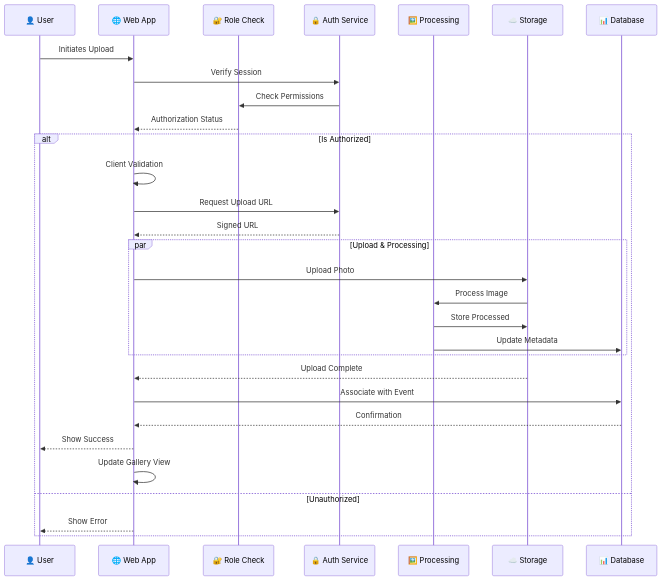
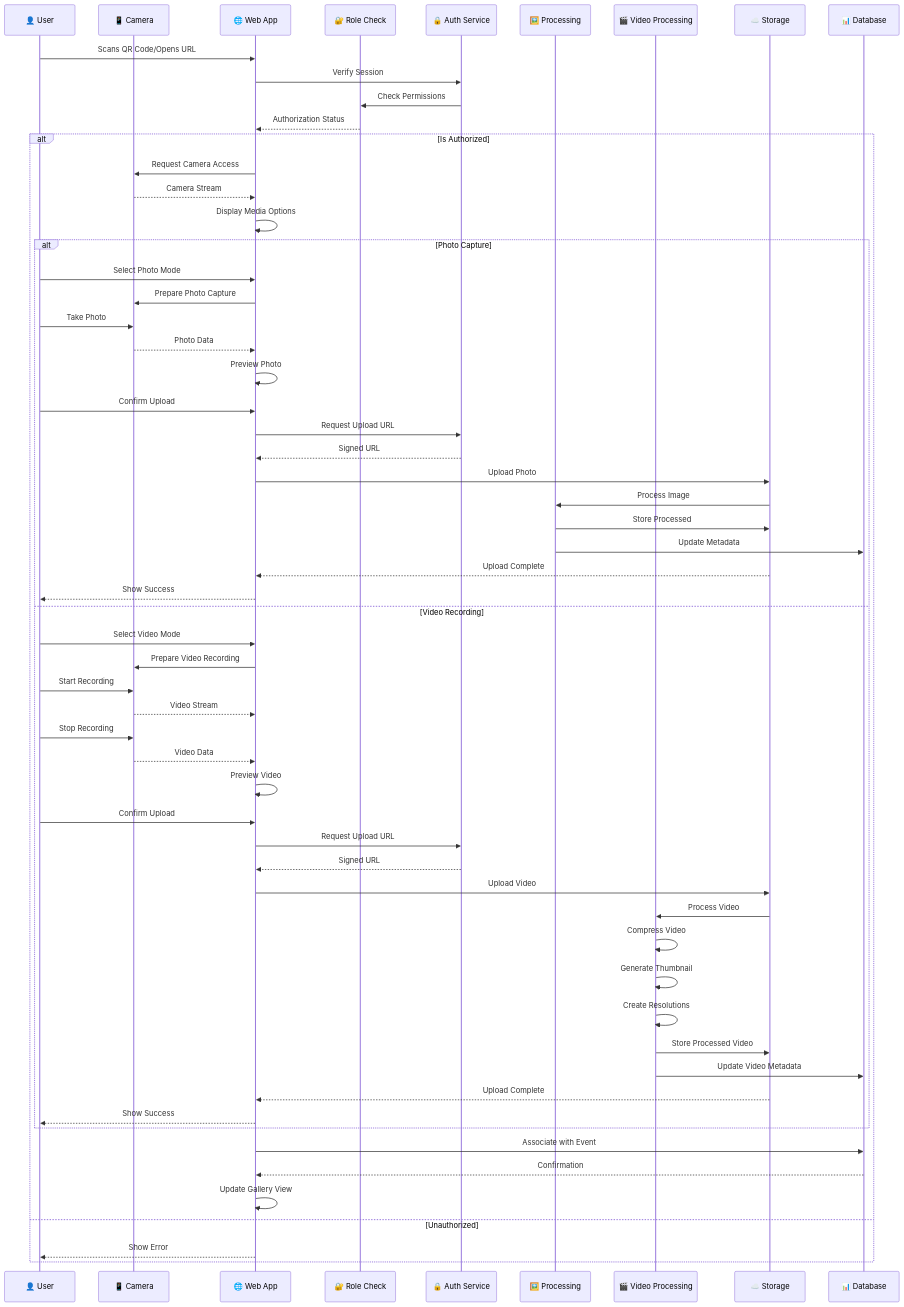
One commit to mrj0nesmtl/cloud-burst changed the diagram in docs/user-flows/photo_upload_sequence_diagram.md. Above: the diagram before and after it, drawn with Mermaid. The commit also changed other lines of this file and 37 other files, not shown here.

````diff
--- a/docs/user-flows/photo_upload_sequence_diagram.md
+++ b/docs/user-flows/photo_upload_sequence_diagram.md
@@ -20,36 +20,67 @@
 ```mermaid
 sequenceDiagram
     participant U as 👤 User
+    participant C as 📱 Camera
     participant W as 🌐 Web App
     participant R as 🔐 Role Check
     participant A as 🔒 Auth Service
     participant P as 🖼️ Processing
+    participant V as 🎬 Video Processing
     participant S as ☁️ Storage
     participant DB as 📊 Database
 
-    U->>W: Initiates Upload
+    U->>W: Scans QR Code/Opens URL
     W->>A: Verify Session
     A->>R: Check Permissions
     R-->>W: Authorization Status
     
     alt Is Authorized
-        W->>W: Client Validation
-        W->>A: Request Upload URL
-        A-->>W: Signed URL
+        W->>C: Request Camera Access
+        C-->>W: Camera Stream
         
-        par Upload & Processing
+        W->>W: Display Media Options
+        
+        alt Photo Capture
+            U->>W: Select Photo Mode
+            W->>C: Prepare Photo Capture
+            U->>C: Take Photo
+            C-->>W: Photo Data
+            W->>W: Preview Photo
+            U->>W: Confirm Upload
+            W->>A: Request Upload URL
+            A-->>W: Signed URL
             W->>S: Upload Photo
             S->>P: Process Image
             P->>S: Store Processed
             P->>DB: Update Metadata
+            S-->>W: Upload Complete
+            W-->>U: Show Success
+        else Video Recording
+            U->>W: Select Video Mode
+            W->>C: Prepare Video Recording
+            U->>C: Start Recording
+            C-->>W: Video Stream
+            U->>C: Stop Recording
+            C-->>W: Video Data
+            W->>W: Preview Video
+            U->>W: Confirm Upload
+            W->>A: Request Upload URL
+            A-->>W: Signed URL
+            W->>S: Upload Video
+            S->>V: Process Video
+            V->>V: Compress Video
+            V->>V: Generate Thumbnail
+            V->>V: Create Resolutions
+            V->>S: Store Processed Video
+            V->>DB: Update Video Metadata
+            S-->>W: Upload Complete
+            W-->>U: Show Success
         end
         
-        S-->>W: Upload Complete
         W->>DB: Associate with Event
         DB-->>W: Confirmation
-        W-->>U: Show Success
         W->>W: Update Gallery View
     else Unauthorized
         W-->>U: Show Error
     end
 ```
````
